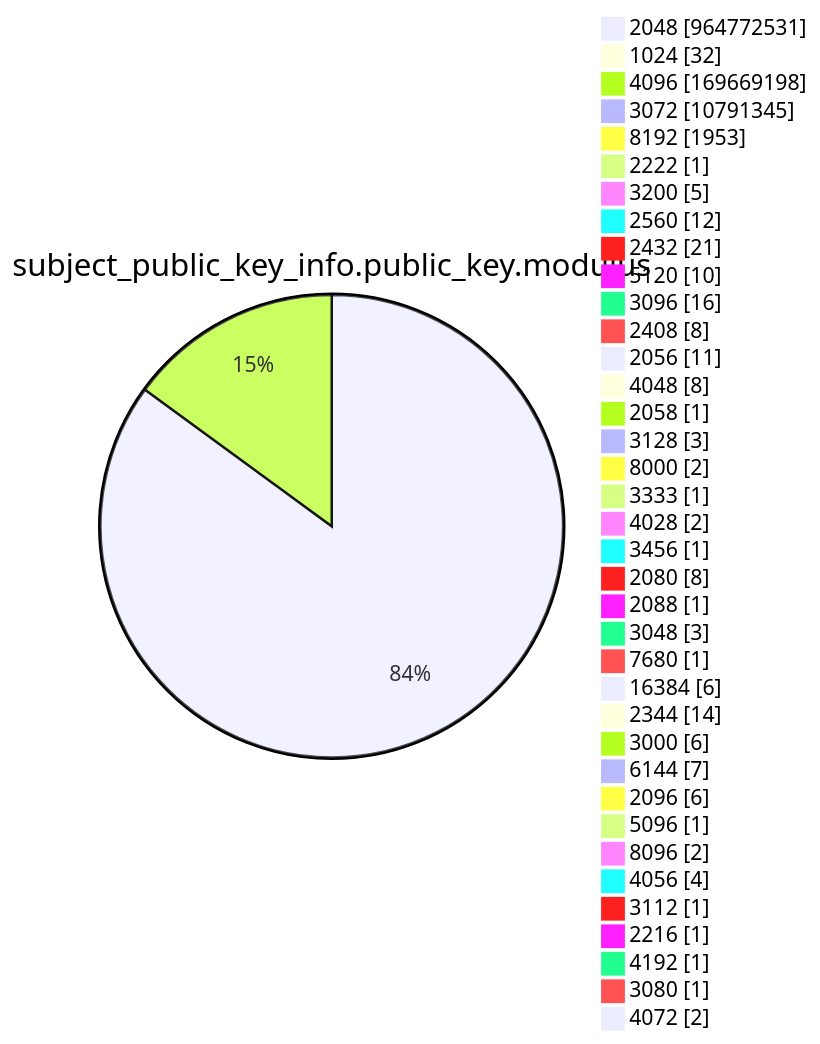
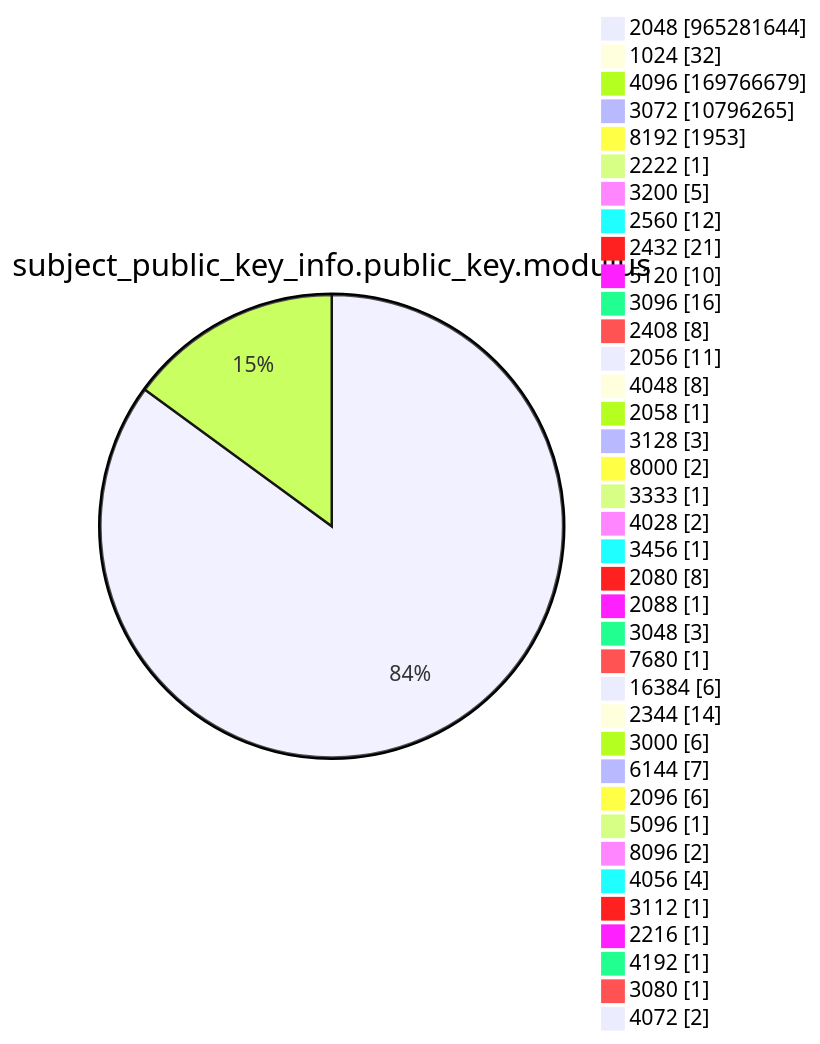
One commit to christiankrug/ctmonitor_visualization changed diagram 13 of 15 in argon2022/README.md. Above: the diagram before and after it, drawn with Mermaid. The commit also changed other lines of this file, not shown here.

````diff
--- a/argon2022/README.md
+++ b/argon2022/README.md
@@ -3586,41 +3587,41 @@
 ```mermaid
 pie showData
 title subject_public_key_info.public_key.modulus
-"2048" :964772531
+"2048" :965281644
 "1024" :32
-"4096" :169669198
-"3072" :10791345
+"4096" :169766679
+"3072" :10796265
 "8192" :1953
 "2222" :1
 "3200" :5
 "2560" :12
 "2432" :21
 "5120" :10
 "3096" :16
 "2408" :8
 "2056" :11
 "4048" :8
 "2058" :1
 "3128" :3
 "8000" :2
 "3333" :1
 "4028" :2
 "3456" :1
 "2080" :8
 "2088" :1
 "3048" :3
 "7680" :1
 "16384" :6
 "2344" :14
 "3000" :6
 "6144" :7
 "2096" :6
 "5096" :1
 "8096" :2
 "4056" :4
 "3112" :1
 "2216" :1
 "4192" :1
 "3080" :1
 "4072" :2
 ```
````
